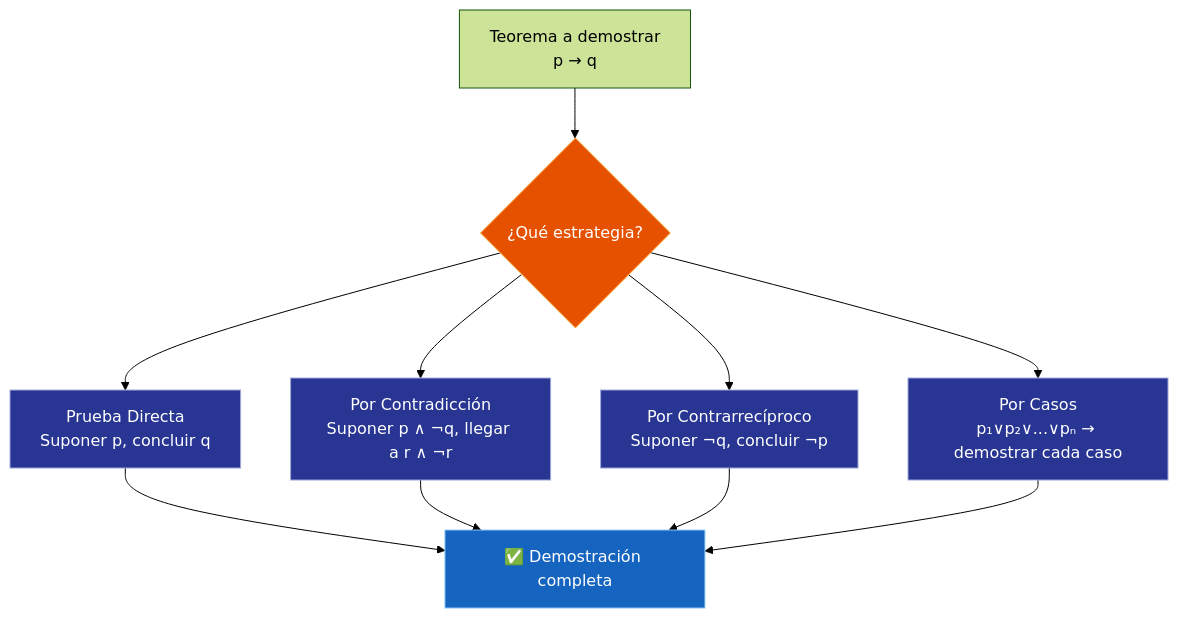
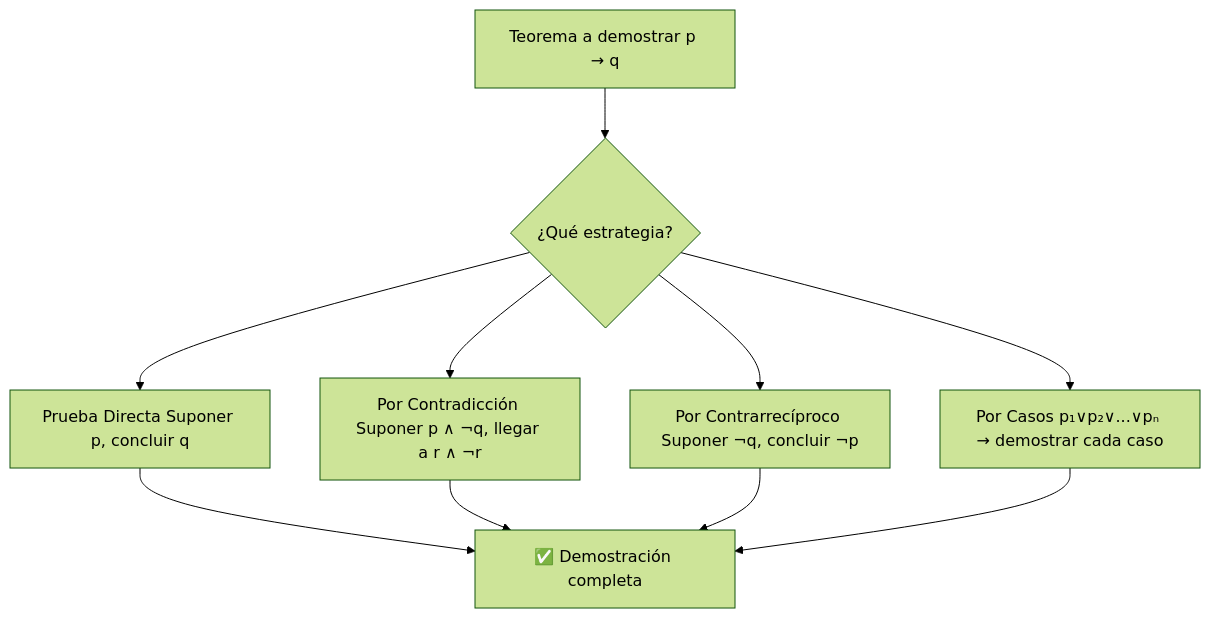
One commit to Fsteven22/Notas-ESPOL changed the diagram in src/site/notes/Universidad/3er Semestre/Matemáticas Discretas/Unidad 1 - Logica y Conjuntos/II - Álgebra Proposicional/03 - Demostraciones.md. Above: the diagram before and after it, drawn with Mermaid (forest theme). The commit also changed 179 other files, not shown here.

````diff
--- a/src/site/notes/Universidad/3er Semestre/Matemáticas Discretas/Unidad 1 - Logica y Conjuntos/II - Álgebra Proposicional/03 - Demostraciones.md
+++ b/src/site/notes/Universidad/3er Semestre/Matemáticas Discretas/Unidad 1 - Logica y Conjuntos/II - Álgebra Proposicional/03 - Demostraciones.md
@@ -323,21 +323,15 @@
 ```mermaid
 graph TD
-    A[Teorema a demostrar<br/>p → q] --> B{¿Qué estrategia?}
+    A[Teorema a demostrar p → q] --> B{¿Qué estrategia?}
 
-    B --> C[Prueba Directa<br/>Suponer p, concluir q]
-    B --> D[Por Contradicción<br/>Suponer p ∧ ¬q, llegar a r ∧ ¬r]
-    B --> E[Por Contrarrecíproco<br/>Suponer ¬q, concluir ¬p]
-    B --> F[Por Casos<br/>p₁∨p₂∨...∨pₙ → demostrar cada caso]
+    B --> C[Prueba Directa Suponer p, concluir q]
+    B --> D[Por Contradicción Suponer p ∧ ¬q, llegar a r ∧ ¬r]
+    B --> E[Por Contrarrecíproco Suponer ¬q, concluir ¬p]
+    B --> F[Por Casos p₁∨p₂∨...∨pₙ → demostrar cada caso]
 
     C --> G[✅ Demostración completa]
     D --> G
     E --> G
     F --> G
-    style B fill:#E65100,color:#FFFFFF,stroke:#FFB74D,stroke-width:1px
-    style C fill:#283593,color:#FFFFFF,stroke:#9FA8DA,stroke-width:1px
-    style D fill:#283593,color:#FFFFFF,stroke:#9FA8DA,stroke-width:1px
-    style E fill:#283593,color:#FFFFFF,stroke:#9FA8DA,stroke-width:1px
-    style F fill:#283593,color:#FFFFFF,stroke:#9FA8DA,stroke-width:1px
-    style G fill:#1565C0,color:#FFFFFF,stroke:#90CAF9,stroke-width:1px
 
 ```
````
